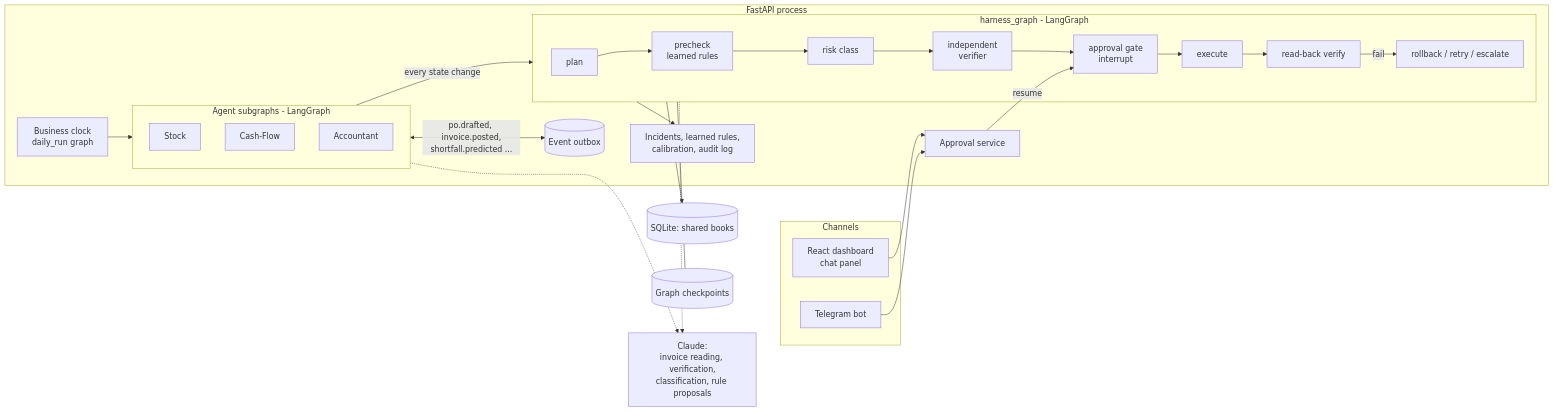
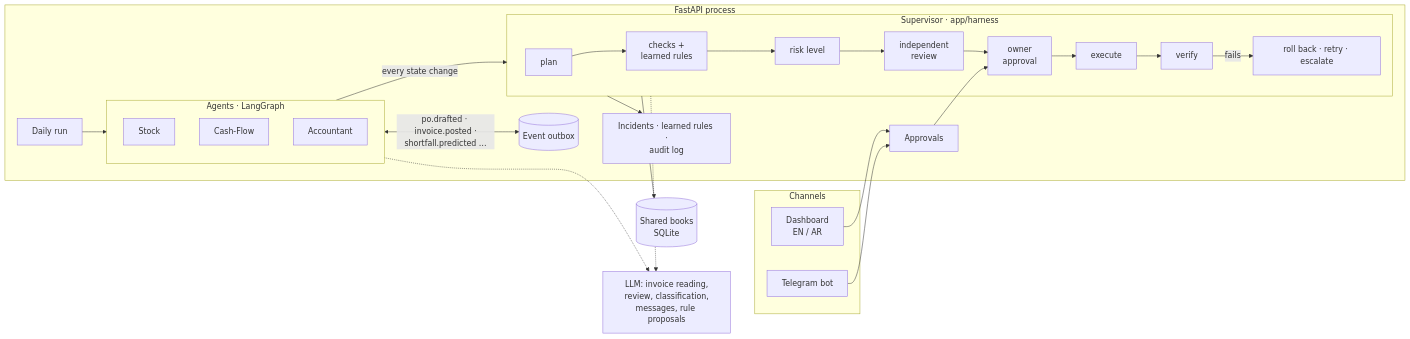
The diagram in README.md (enghisham85-wq/SMBs_AI_Agent), drawn with Mermaid before and after one commit. The commit also changed other lines of this file, not shown here.

````diff
--- a/README.md
+++ b/README.md
@@ -19,35 +62,32 @@
 ```mermaid
 flowchart LR
     subgraph Channels
-        UI[React dashboard<br/>chat panel]
+        UI[Dashboard<br/>EN / AR]
         TG[Telegram bot]
     end
-    subgraph API[FastAPI process]
-        AP[Approval service]
-        CLK[Business clock<br/>daily_run graph]
-        subgraph Agents[Agent subgraphs - LangGraph]
+    subgraph Backend[FastAPI process]
+        AP[Approvals]
+        CLK[Daily run]
+        subgraph Agents[Agents · LangGraph]
             ST[Stock]
             CF[Cash-Flow]
             AC[Accountant]
         end
-        subgraph Harness[harness_graph - LangGraph]
-            H1[plan] --> H2[precheck<br/>learned rules] --> H3[risk class] --> H4[independent<br/>verifier] --> H5[approval gate<br/>interrupt] --> H6[execute] --> H7[read-back verify]
-            H7 -->|fail| H8[rollback / retry / escalate]
+        subgraph Safety[Supervisor · app/harness]
+            P[plan] --> C[checks +<br/>learned rules] --> R[risk level] --> V[independent<br/>review] --> G[owner<br/>approval] --> X[execute] --> RB[verify]
+            RB -->|fails| F[roll back · retry · escalate]
         end
-        OB[(Event outbox)]
-        INC[Incidents, learned rules,<br/>calibration, audit log]
+        EV[(Event outbox)]
+        INC[Incidents · learned rules ·<br/>audit log]
     end
-    DB[(SQLite: shared books)]
-    CK[(Graph checkpoints)]
-    LLM[Claude:<br/>invoice reading, verification,<br/>classification, rule proposals]
+    DB[(Shared books<br/>SQLite)]
+    LLM[LLM: invoice reading,<br/>review, classification,<br/>messages, rule proposals]
 
-    UI & TG --> AP
-    AP -->|resume| H5
+    UI & TG --> AP --> G
     CLK --> Agents
-    Agents -->|every state change| Harness
-    Harness --> DB
-    Harness --> INC
-    Agents <-->|po.drafted, invoice.posted,<br/>shortfall.predicted ...| OB
-    Harness --- CK
-    Agents & Harness -.-> LLM
+    Agents -->|every state change| Safety
+    Safety --> DB
+    Safety --> INC
+    Agents <-->|po.drafted · invoice.posted ·<br/>shortfall.predicted …| EV
+    Agents & Safety -.-> LLM
 ```
````
